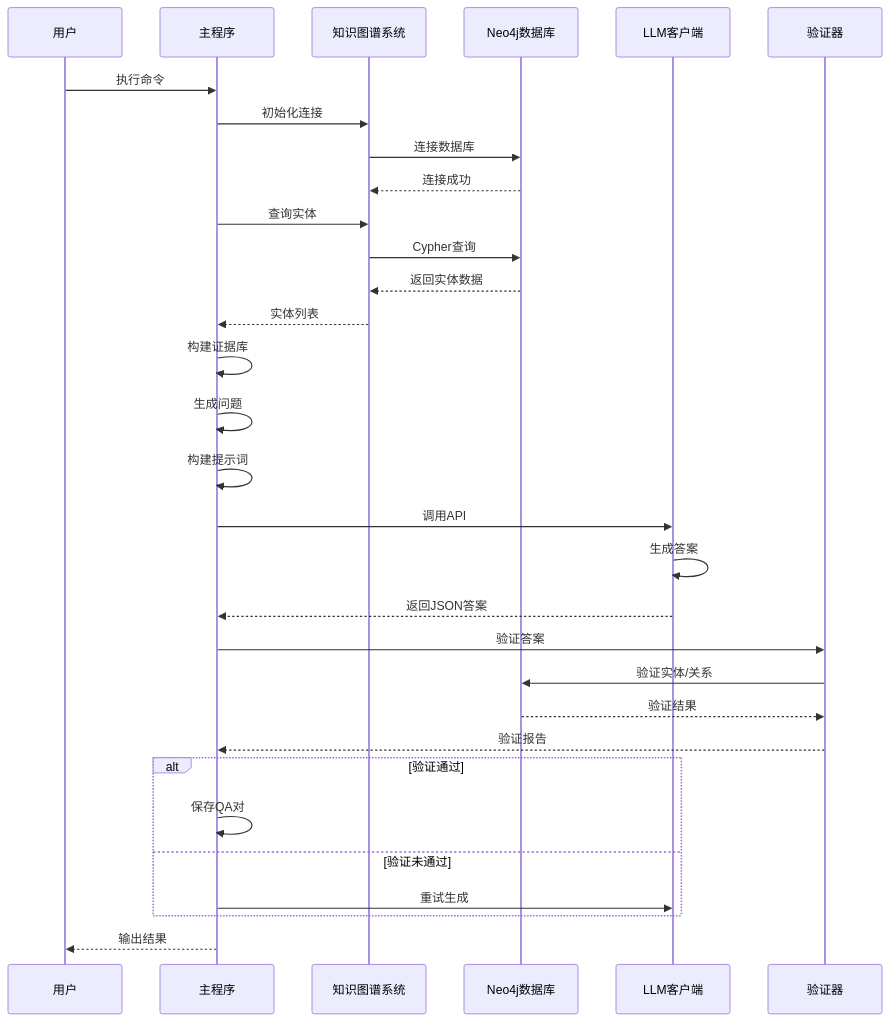
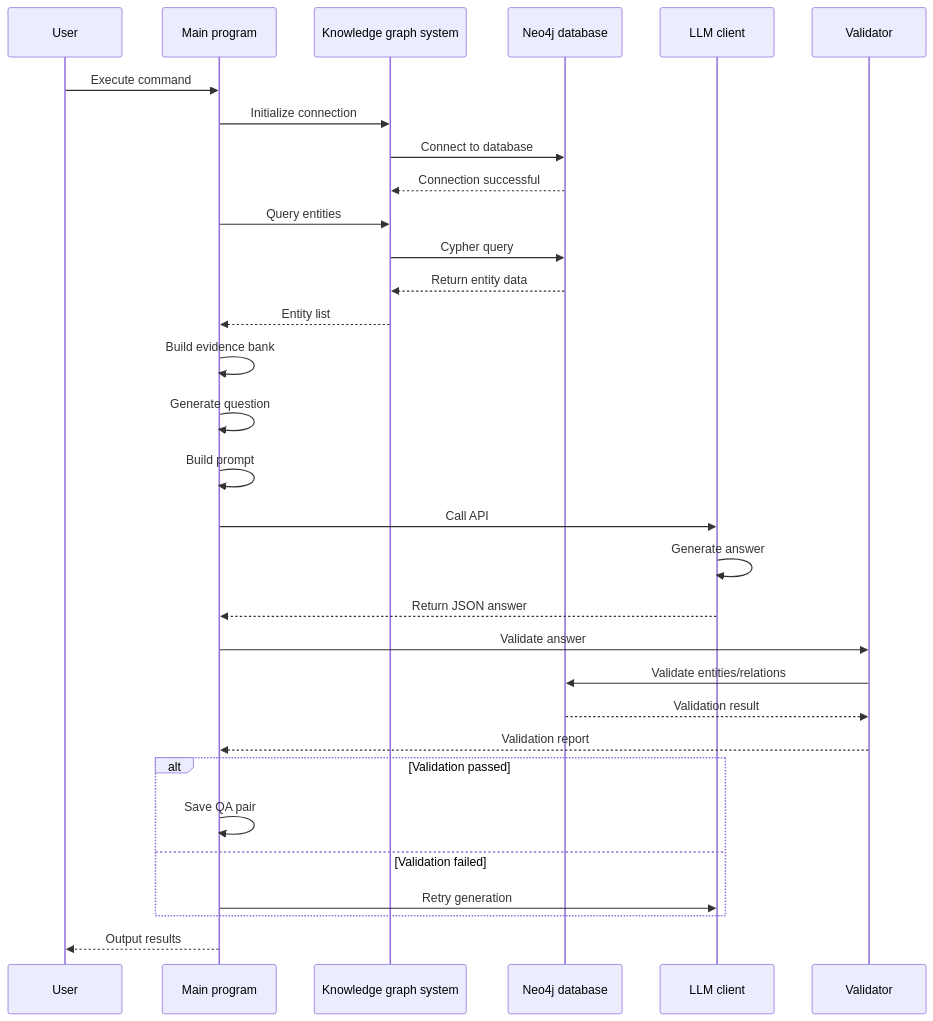
The seventh of 7 diagrams in pipelines/kg_synthesis/README.md (JackKuo666/QALoop), drawn with Mermaid before and after one commit. The commit also changed other lines of this file and 25 other files, not shown here.

````diff
--- a/pipelines/kg_synthesis/README.md
+++ b/pipelines/kg_synthesis/README.md
@@ -519,40 +519,40 @@
 ```mermaid
 sequenceDiagram
-    participant User as 用户
-    participant Main as 主程序
-    participant KG as 知识图谱系统
-    participant Neo4j as Neo4j数据库
-    participant LLM as LLM客户端
-    participant Validator as 验证器
+    participant User as User
+    participant Main as Main program
+    participant KG as Knowledge graph system
+    participant Neo4j as Neo4j database
+    participant LLM as LLM client
+    participant Validator as Validator
     
-    User->>Main: 执行命令
-    Main->>KG: 初始化连接
-    KG->>Neo4j: 连接数据库
-    Neo4j-->>KG: 连接成功
+    User->>Main: Execute command
+    Main->>KG: Initialize connection
+    KG->>Neo4j: Connect to database
+    Neo4j-->>KG: Connection successful
     
-    Main->>KG: 查询实体
-    KG->>Neo4j: Cypher查询
-    Neo4j-->>KG: 返回实体数据
-    KG-->>Main: 实体列表
+    Main->>KG: Query entities
+    KG->>Neo4j: Cypher query
+    Neo4j-->>KG: Return entity data
+    KG-->>Main: Entity list
     
-    Main->>Main: 构建证据库
-    Main->>Main: 生成问题
-    Main->>Main: 构建提示词
+    Main->>Main: Build evidence bank
+    Main->>Main: Generate question
+    Main->>Main: Build prompt
     
-    Main->>LLM: 调用API
-    LLM->>LLM: 生成答案
-    LLM-->>Main: 返回JSON答案
+    Main->>LLM: Call API
+    LLM->>LLM: Generate answer
+    LLM-->>Main: Return JSON answer
     
-    Main->>Validator: 验证答案
-    Validator->>Neo4j: 验证实体/关系
-    Neo4j-->>Validator: 验证结果
-    Validator-->>Main: 验证报告
+    Main->>Validator: Validate answer
+    Validator->>Neo4j: Validate entities/relations
+    Neo4j-->>Validator: Validation result
+    Validator-->>Main: Validation report
     
-    alt 验证通过
-        Main->>Main: 保存QA对
-    else 验证未通过
-        Main->>LLM: 重试生成
+    alt Validation passed
+        Main->>Main: Save QA pair
+    else Validation failed
+        Main->>LLM: Retry generation
     end
     
-    Main-->>User: 输出结果
+    Main-->>User: Output results
 ```
````
